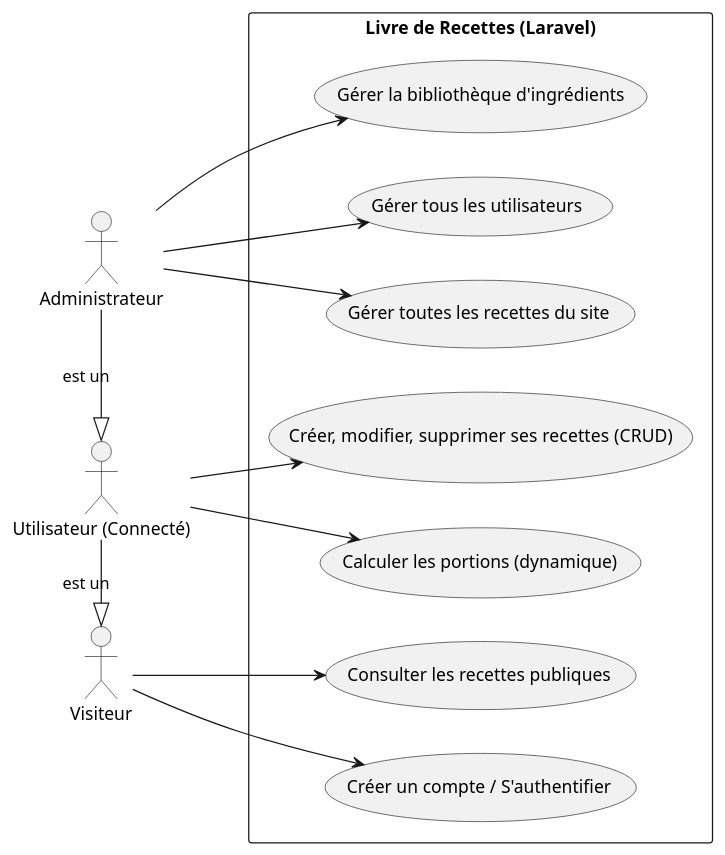
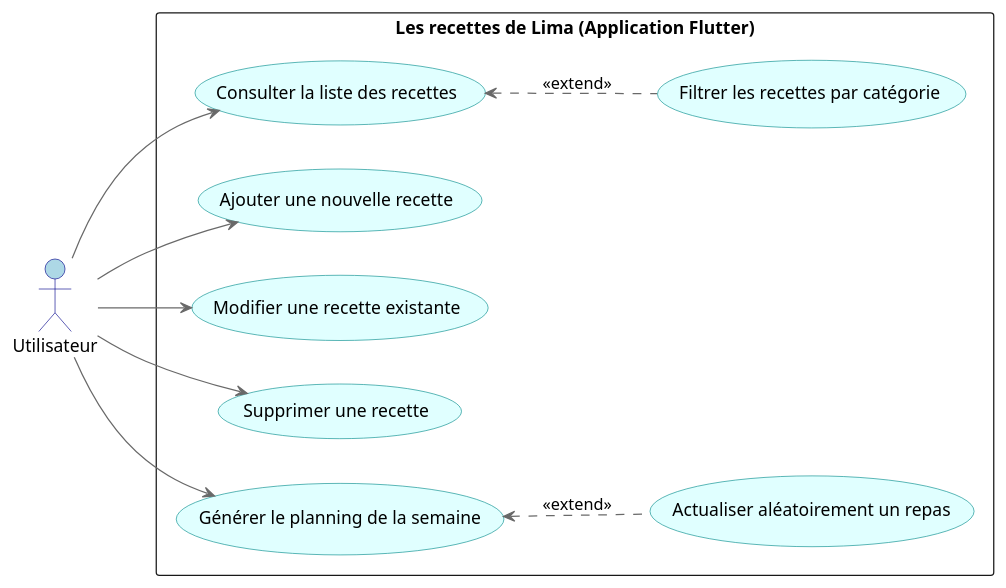
One commit to LThuillier/Livre-de-recette-Lima changed the diagram in utilisation.puml. Above: the diagram before and after it, drawn with PlantUML. The commit also changed 3 other files, not shown here.

```diff
--- a/utilisation.puml
+++ b/utilisation.puml
@@ -1,31 +1,37 @@
 @startuml
 left to right direction
 skinparam packageStyle rectangle
-
-actor "Visiteur" as V
-actor "Utilisateur (Connecté)" as U
-actor "Administrateur" as A
-
-U -|> V : "est un"
-A -|> U : "est un"
-
-rectangle "Livre de Recettes (Laravel)" {
-  usecase "Consulter les recettes publiques" as UC1
-  usecase "Créer un compte / S'authentifier" as UC2
-  usecase "Créer, modifier, supprimer ses recettes (CRUD)" as UC3
-  usecase "Calculer les portions (dynamique)" as UC4
-  usecase "Gérer tous les utilisateurs" as UC5
-  usecase "Gérer toutes les recettes du site" as UC6
-  usecase "Gérer la bibliothèque d'ingrédients" as UC7
+skinparam usecase {
+    BackgroundColor LightCyan
+    BorderColor DarkCyan
+    ArrowColor DimGray
+}
+skinparam actor {
+    BackgroundColor LightBlue
+    BorderColor DarkBlue
 }
 
-V --> UC1
-V --> UC2
+actor "Utilisateur" as U
 
-U --> UC3
-U --> UC4
+rectangle "Les recettes de Lima (Application Flutter)" {
+  usecase "Consulter la liste des recettes" as UC_Consulter
+  usecase "Filtrer les recettes par catégorie" as UC_Filtrer
+  usecase "Ajouter une nouvelle recette" as UC_Ajouter
+  usecase "Modifier une recette existante" as UC_Modifier
+  usecase "Supprimer une recette" as UC_Supprimer
+  usecase "Générer le planning de la semaine" as UC_Planning
+  usecase "Actualiser aléatoirement un repas" as UC_Actualiser
+}
 
-A --> UC5
-A --> UC6
-A --> UC7
+' Liaisons principales avec l'utilisateur
+U --> UC_Consulter
+U --> UC_Ajouter
+U --> UC_Modifier
+U --> UC_Supprimer
+U --> UC_Planning
+
+' Inclusions / Extensions (Optionnelles mais très bien vues pour le BTS)
+UC_Consulter <.. UC_Filtrer : <<extend>>
+UC_Planning <.. UC_Actualiser : <<extend>>
+
 @enduml
```
